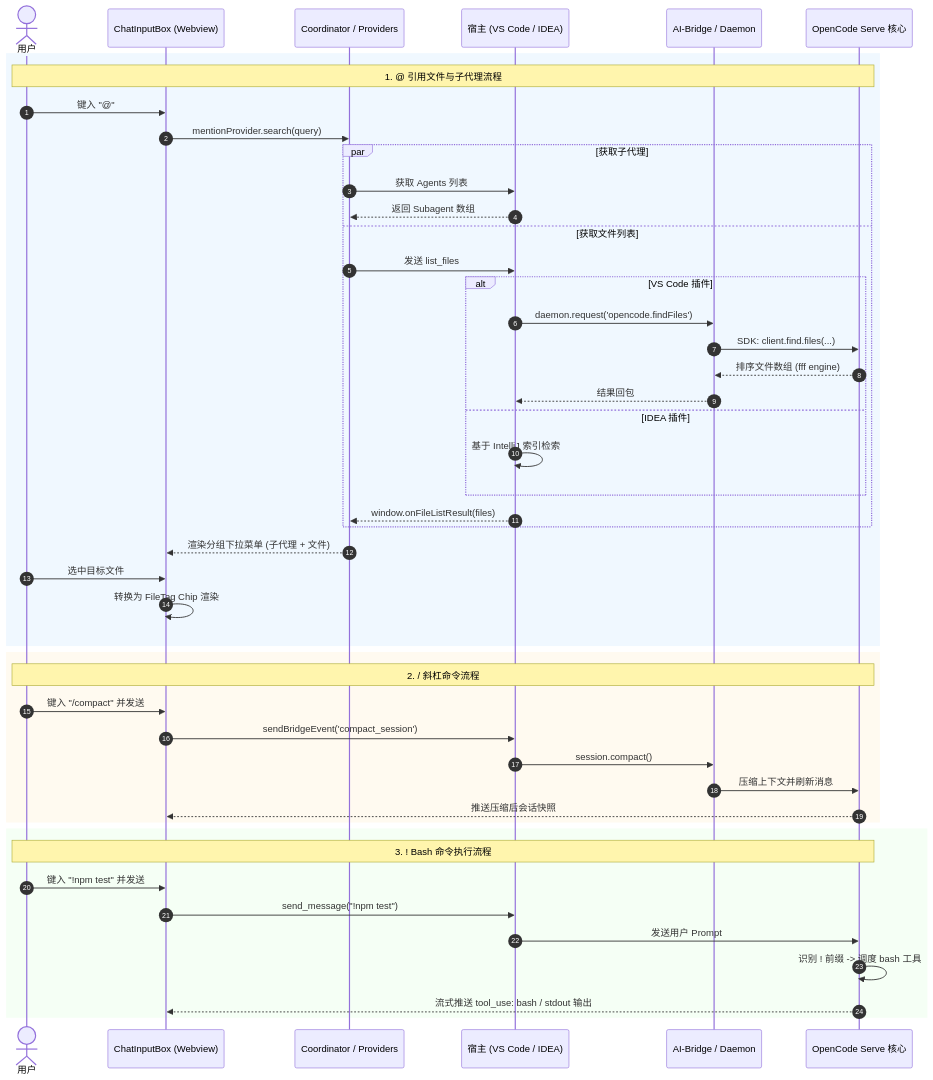
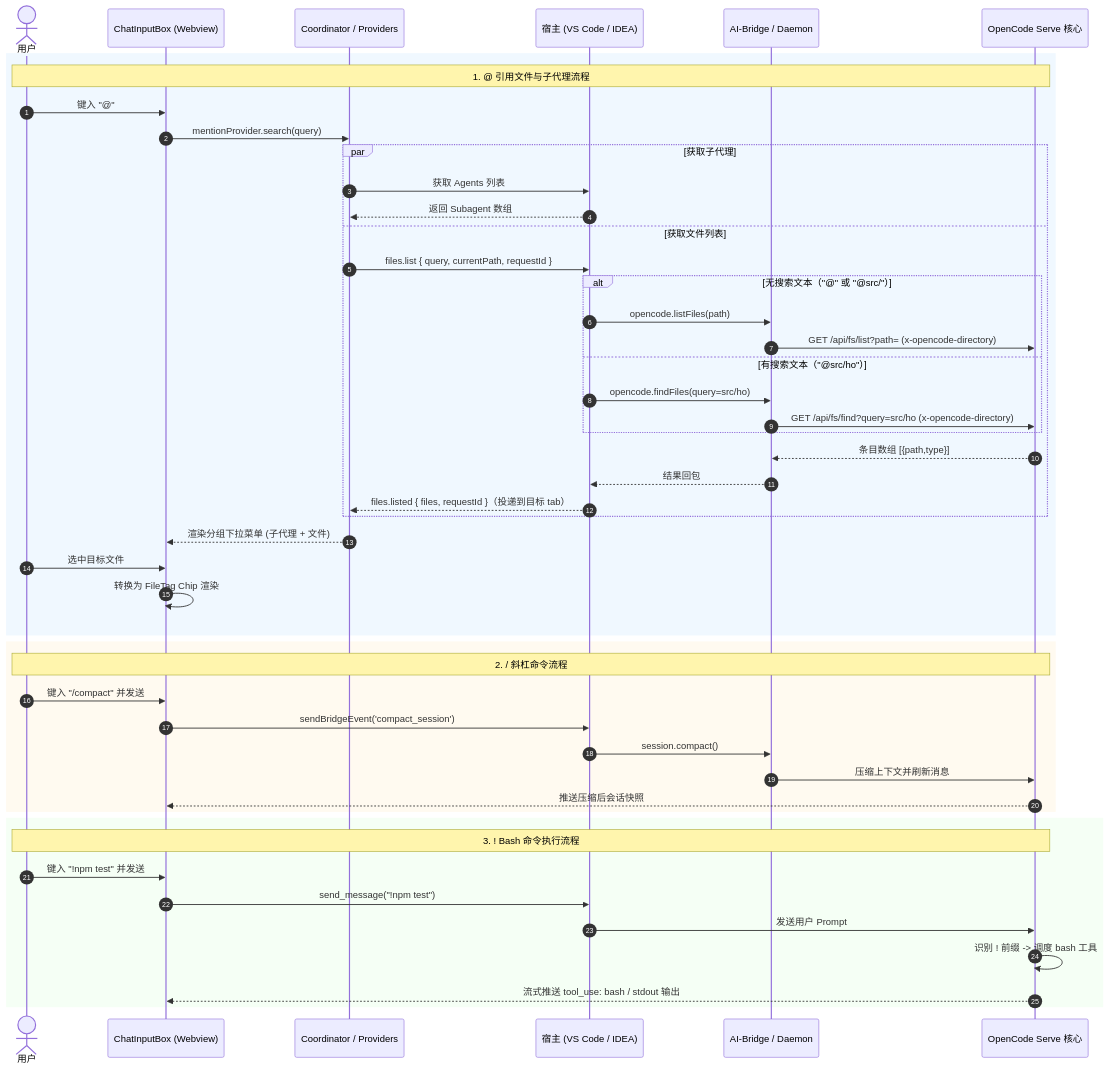
Before and after one commit to SenjuObito/opencode-vscode-plugin: the diagram in docs/input-commands-and-mentions.md, drawn with Mermaid. The commit also changed other lines of this file and 123 other files, not shown here.

````diff
--- a/docs/input-commands-and-mentions.md
+++ b/docs/input-commands-and-mentions.md
@@ -161,55 +158,56 @@
 ```mermaid
 sequenceDiagram
     autonumber
     actor User as 用户
     participant Input as ChatInputBox (Webview)
     participant Coord as Coordinator / Providers
     participant Host as 宿主 (VS Code / IDEA)
     participant Daemon as AI-Bridge / Daemon
     participant Server as OpenCode Serve 核心
 
     %% @ 引用流程
     rect rgb(240, 248, 255)
     note over User, Server: 1. @ 引用文件与子代理流程
     User->>Input: 键入 "@"
     Input->>Coord: mentionProvider.search(query)
     par 获取子代理
         Coord->>Host: 获取 Agents 列表
         Host-->>Coord: 返回 Subagent 数组
     and 获取文件列表
-        Coord->>Host: 发送 list_files
-        alt VS Code 插件
-            Host->>Daemon: daemon.request('opencode.findFiles')
-            Daemon->>Server: SDK: client.find.files(...)
-            Server-->>Daemon: 排序文件数组 (fff engine)
-            Daemon-->>Host: 结果回包
-        else IDEA 插件
-            Host->>Host: 基于 IntelliJ 索引检索
+        Coord->>Host: files.list { query, currentPath, requestId }
+        alt 无搜索文本（"@" 或 "@src/"）
+            Host->>Daemon: opencode.listFiles(path)
+            Daemon->>Server: GET /api/fs/list?path=  (x-opencode-directory)
+        else 有搜索文本（"@src/ho"）
+            Host->>Daemon: opencode.findFiles(query=src/ho)
+            Daemon->>Server: GET /api/fs/find?query=src/ho  (x-opencode-directory)
         end
-        Host-->>Coord: window.onFileListResult(files)
+        Server-->>Daemon: 条目数组 [{path,type}]
+        Daemon-->>Host: 结果回包
+        Host-->>Coord: files.listed { files, requestId }（投递到目标 tab）
     end
     Coord-->>Input: 渲染分组下拉菜单 (子代理 + 文件)
     User->>Input: 选中目标文件
     Input->>Input: 转换为 FileTag Chip 渲染
     end
 
     %% / 命令流程
     rect rgb(255, 250, 240)
     note over User, Server: 2. / 斜杠命令流程
     User->>Input: 键入 "/compact" 并发送
     Input->>Host: sendBridgeEvent('compact_session')
     Host->>Daemon: session.compact()
     Daemon->>Server: 压缩上下文并刷新消息
     Server-->>Input: 推送压缩后会话快照
     end
 
     %% ! Bash 流程
     rect rgb(245, 255, 245)
     note over User, Server: 3. ! Bash 命令执行流程
     User->>Input: 键入 "!npm test" 并发送
     Input->>Host: send_message("!npm test")
     Host->>Server: 发送用户 Prompt
     Server->>Server: 识别 ! 前缀 -> 调度 bash 工具
     Server-->>Input: 流式推送 tool_use: bash / stdout 输出
     end
 ```
````
